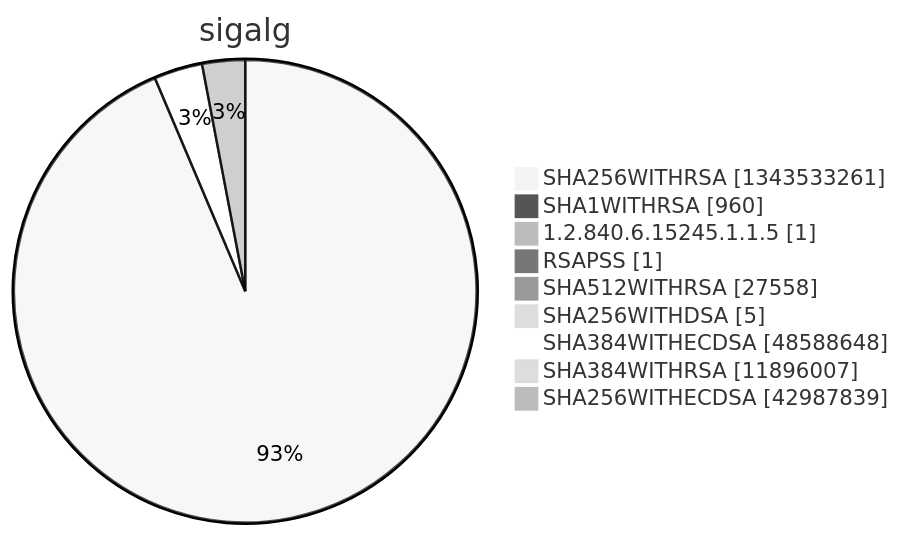
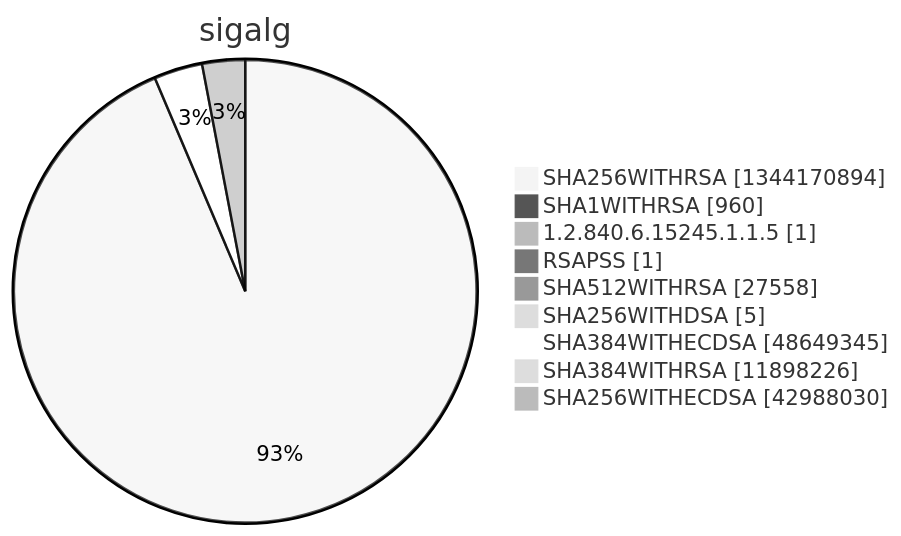
Before and after one commit to christiankrug/ctmonitor_visualization: diagram 15 of 15 in argon2022/README.md, drawn with Mermaid (neutral theme). The commit also changed other lines of this file, not shown here.

````diff
--- a/argon2022/README.md
+++ b/argon2022/README.md
@@ -5524,13 +5524,13 @@
 ```mermaid
 pie showData
 title sigalg
-"SHA256WITHRSA" :1343533261
+"SHA256WITHRSA" :1344170894
 "SHA1WITHRSA" :960
 "1.2.840.6.15245.1.1.5" :1
 "RSAPSS" :1
 "SHA512WITHRSA" :27558
 "SHA256WITHDSA" :5
-"SHA384WITHECDSA" :48588648
-"SHA384WITHRSA" :11896007
-"SHA256WITHECDSA" :42987839
+"SHA384WITHECDSA" :48649345
+"SHA384WITHRSA" :11898226
+"SHA256WITHECDSA" :42988030
 ```
````
